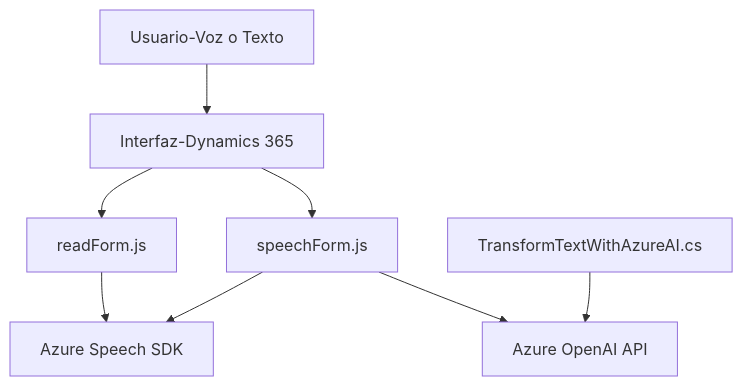
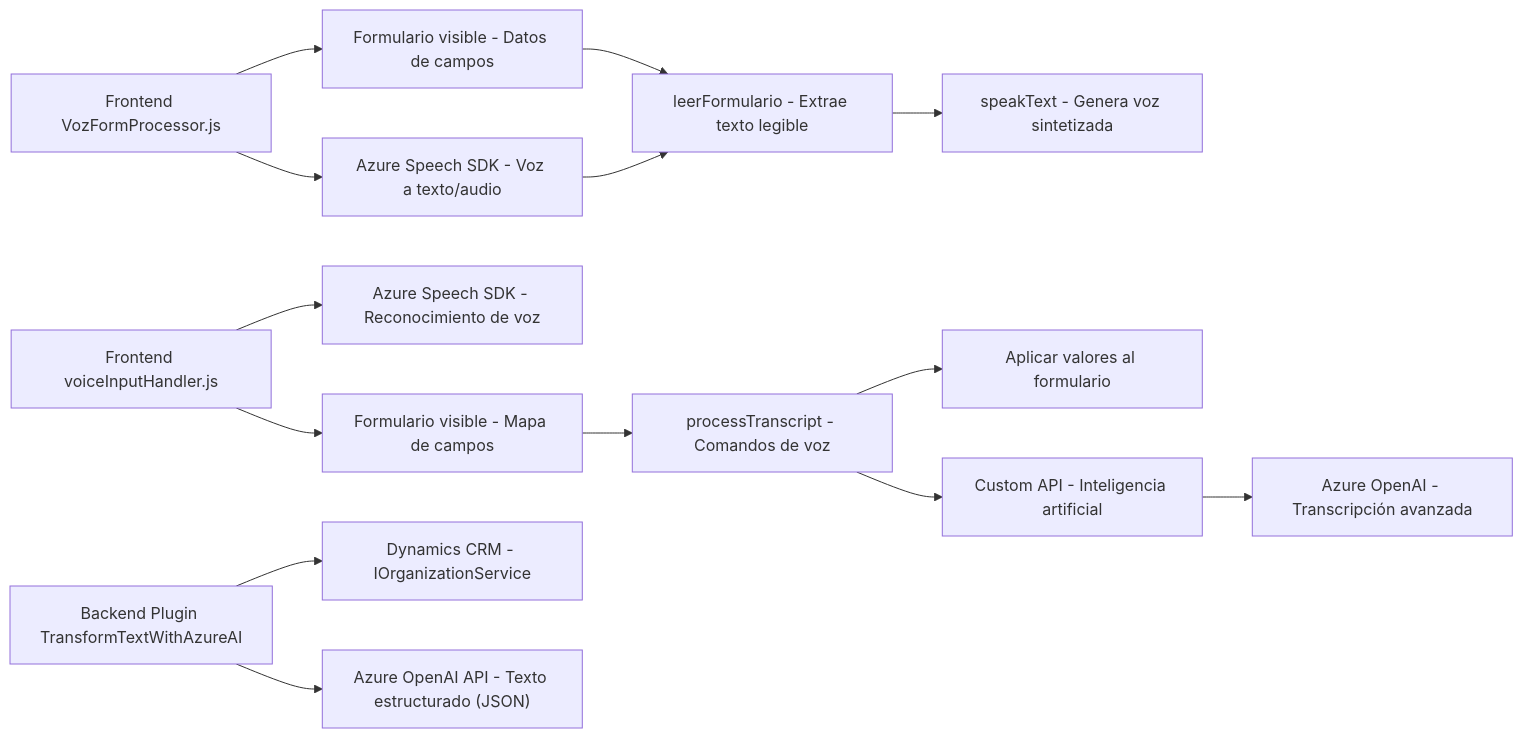
One commit to blopezdm/NETCORE_BILBAO2025 changed the diagram in README.md. Above: the diagram before and after it, drawn with Mermaid. The commit also changed other lines of this file, not shown here.

````diff
--- a/README.md
+++ b/README.md
@@ -36,18 +41,16 @@
 ```mermaid
-graph TD
-    A["Interfaz-Dynamics 365"]
-    B["readForm.js"]
-    C["speechForm.js"]
-    D["TransformTextWithAzureAI.cs"]
-    E["Azure Speech SDK"]
-    F["Azure OpenAI API"]
-    G["Usuario-Voz o Texto"]
-
-    G --> A 
-    A --> B 
-    A --> C 
-    B --> E
-    C --> E
-    C --> F
-    D --> F
+graph LR
+  A["Frontend VozFormProcessor.js"] --> B["Azure Speech SDK - Voz a texto/audio"]
+  A --> C["Formulario visible - Datos de campos"]
+  C --> D["leerFormulario - Extrae texto legible"]
+  B --> D
+  D --> E["speakText - Genera voz sintetizada"]
+  A2["Frontend voiceInputHandler.js"] --> B2["Azure Speech SDK - Reconocimiento de voz"]
+  A2 --> C2["Formulario visible - Mapa de campos"]
+  C2 --> D2["processTranscript - Comandos de voz"]
+  D2 --> E2["Aplicar valores al formulario"]
+  D2 --> F["Custom API - Inteligencia artificial"]
+  F --> G["Azure OpenAI - Transcripción avanzada"]
+  H["Backend Plugin TransformTextWithAzureAI"] --> I["Dynamics CRM - IOrganizationService"]
+  H --> G2["Azure OpenAI API - Texto estructurado (JSON)"]
 ```
````
